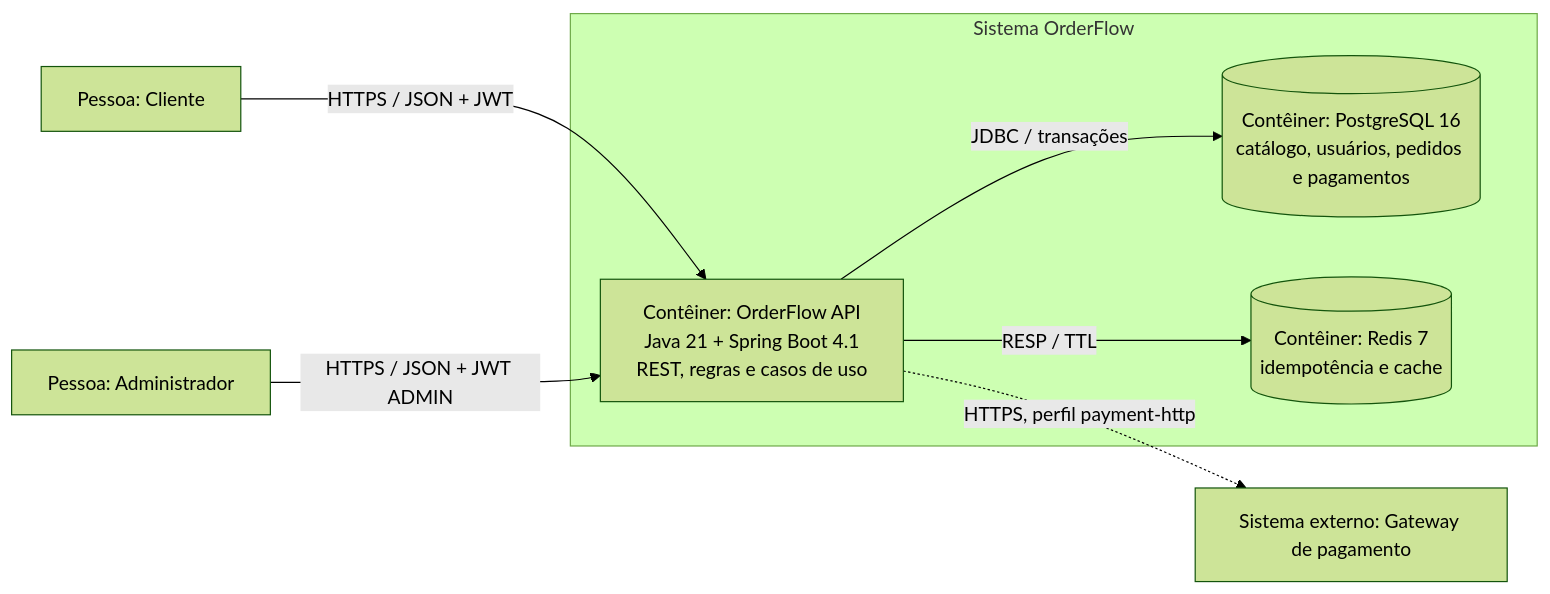
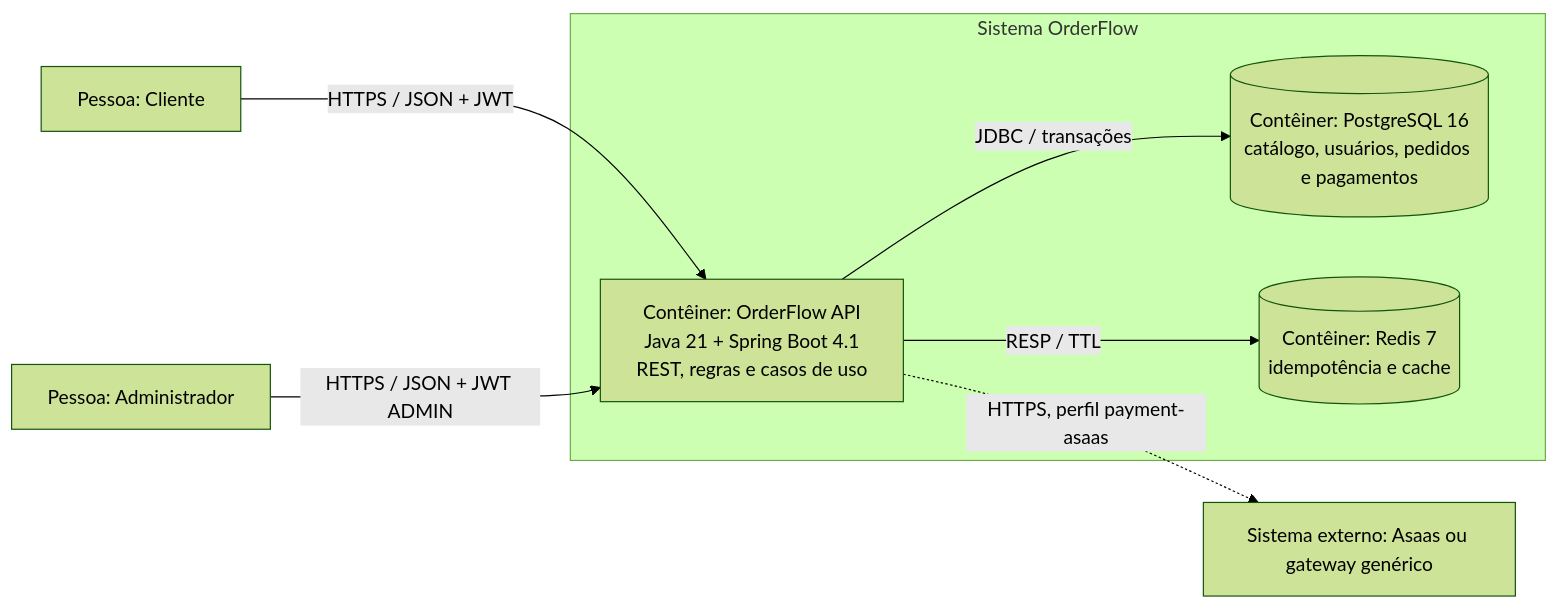
The diagram in README.md (OliveiratheDev/order-flow), drawn with Mermaid (forest theme) before and after one commit. The commit also changed other lines of this file and 4 other files, not shown here.

````diff
--- a/README.md
+++ b/README.md
@@ -48,18 +48,18 @@
 ```mermaid
 flowchart LR
     customer["Pessoa: Cliente"]
     admin["Pessoa: Administrador"]
-    gateway["Sistema externo: Gateway de pagamento"]
+    gateway["Sistema externo: Asaas ou gateway genérico"]
 
     subgraph boundary["Sistema OrderFlow"]
         api["Contêiner: OrderFlow API<br/>Java 21 + Spring Boot 4.1<br/>REST, regras e casos de uso"]
         postgres[("Contêiner: PostgreSQL 16<br/>catálogo, usuários, pedidos e pagamentos")]
         redis[("Contêiner: Redis 7<br/>idempotência e cache")]
     end
 
     customer -->|"HTTPS / JSON + JWT"| api
     admin -->|"HTTPS / JSON + JWT ADMIN"| api
     api -->|"JDBC / transações"| postgres
     api -->|"RESP / TTL"| redis
-    api -.->|"HTTPS, perfil payment-http"| gateway
+    api -.->|"HTTPS, perfil payment-asaas"| gateway
 ```
````
